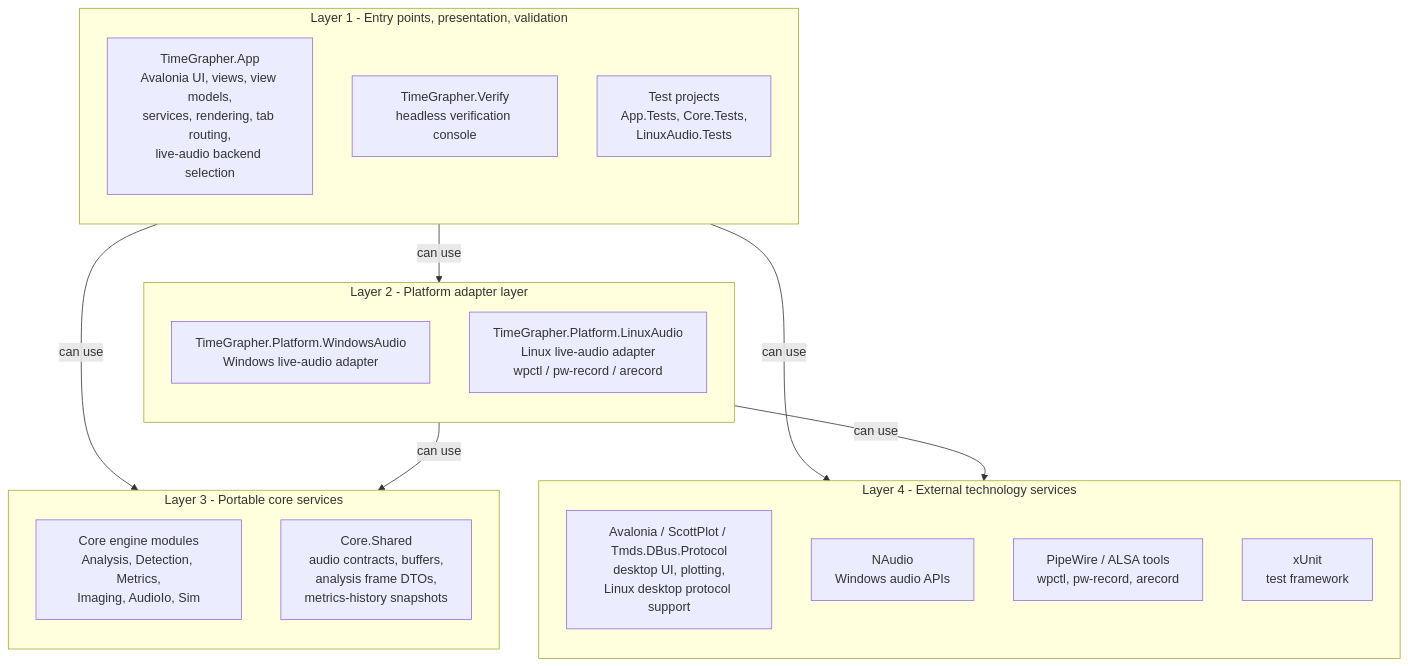
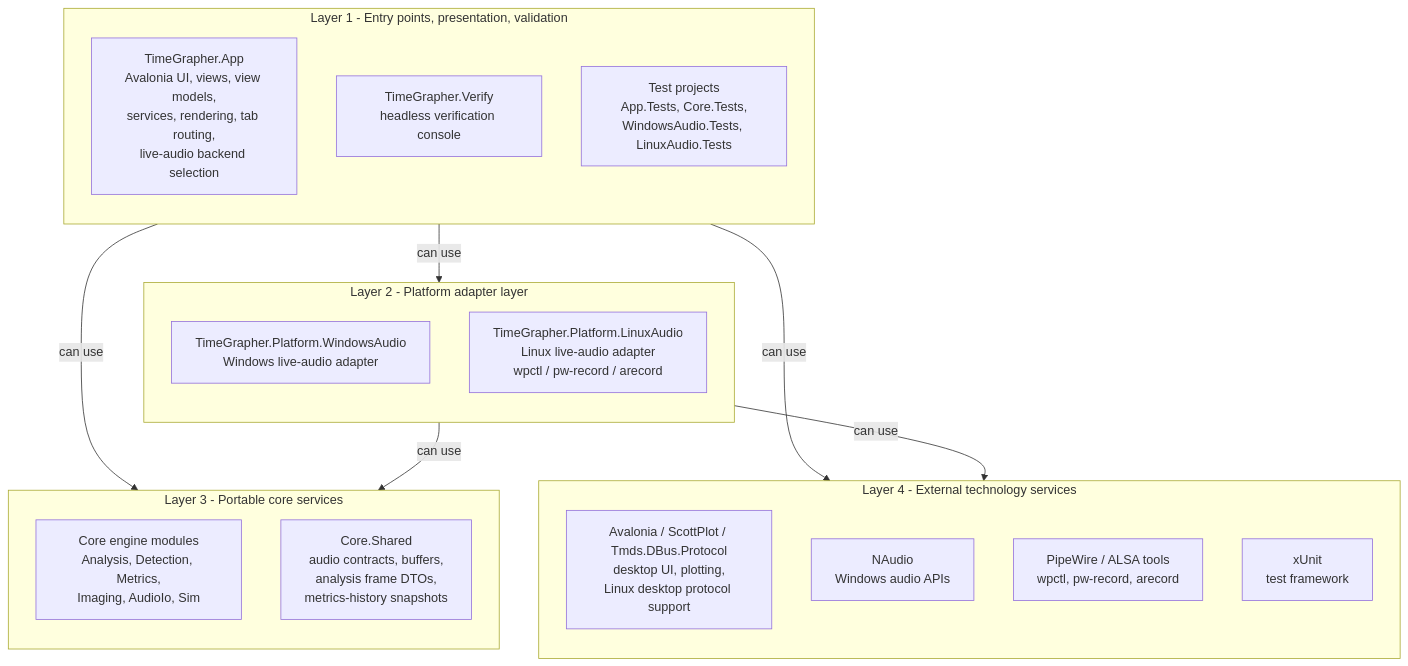
Before and after one commit to Jae-hong-5/TimeGrapher-Net: the diagram in docs/LAYERED_VIEW.md, drawn with Mermaid. The commit also changed other lines of this file, not shown here.

Commit message:
docs(layered): register the Windows-audio test project
[en] The c6e6132 doc sync for tests/TimeGrapher.Platform.WindowsAudio.Tests
covered the decomposition and uses views but missed the layered view: the
Layer 1 test-projects node and the Layer 1 -> Layer 2 rule row still
described three test projects and a Linux-only adapter validation. Add the
project to the node and generalize the rule wording.

[ko] tests/TimeGrapher.Platform.WindowsAudio.Tests에 대한 c6e6132 문서
동기화가 분해 뷰와 uses 뷰만 다루고 레이어드 뷰를 놓쳤다: Layer 1 테스트
노드와 Layer 1 -> Layer 2 규칙 행이 여전히 테스트 프로젝트 3개와 Linux
전용 어댑터 검증을 서술했다. 노드에 프로젝트를 추가하고 규칙 문구를
일반화한다.

````diff
--- a/docs/LAYERED_VIEW.md
+++ b/docs/LAYERED_VIEW.md
@@ -9,35 +9,35 @@
 ```mermaid
 flowchart TB
     subgraph L1["Layer 1 - Entry points, presentation, validation"]
         direction TB
         App["TimeGrapher.App<br/>Avalonia UI, views, view models,<br/>services, rendering, tab routing,<br/>live-audio backend selection"]
         Verify["TimeGrapher.Verify<br/>headless verification console"]
-        TestSuites["Test projects<br/>App.Tests, Core.Tests,<br/>LinuxAudio.Tests"]
+        TestSuites["Test projects<br/>App.Tests, Core.Tests,<br/>WindowsAudio.Tests, LinuxAudio.Tests"]
     end
 
     subgraph L2["Layer 2 - Platform adapter layer"]
         direction TB
         WindowsAudio["TimeGrapher.Platform.WindowsAudio<br/>Windows live-audio adapter"]
         LinuxAudio["TimeGrapher.Platform.LinuxAudio<br/>Linux live-audio adapter<br/>wpctl / pw-record / arecord"]
     end
 
     subgraph L3["Layer 3 - Portable core services"]
         direction TB
         CoreEngine["Core engine modules<br/>Analysis, Detection, Metrics,<br/>Imaging, AudioIo, Sim"]
         CoreContracts["Core.Shared<br/>audio contracts, buffers,<br/>analysis frame DTOs,<br/>metrics-history snapshots"]
     end
 
     subgraph L4["Layer 4 - External technology services"]
         direction TB
         UiLibraries["Avalonia / ScottPlot / Tmds.DBus.Protocol<br/>desktop UI, plotting,<br/>Linux desktop protocol support"]
         WindowsLibraries["NAudio<br/>Windows audio APIs"]
         LinuxServices["PipeWire / ALSA tools<br/>wpctl, pw-record, arecord"]
         TestFramework["xUnit<br/>test framework"]
     end
 
     L1 -- "can use" --> L2
     L1 -- "can use" --> L3
     L1 -- "can use" --> L4
     L2 -- "can use" --> L3
     L2 -- "can use" --> L4
 ```
````
